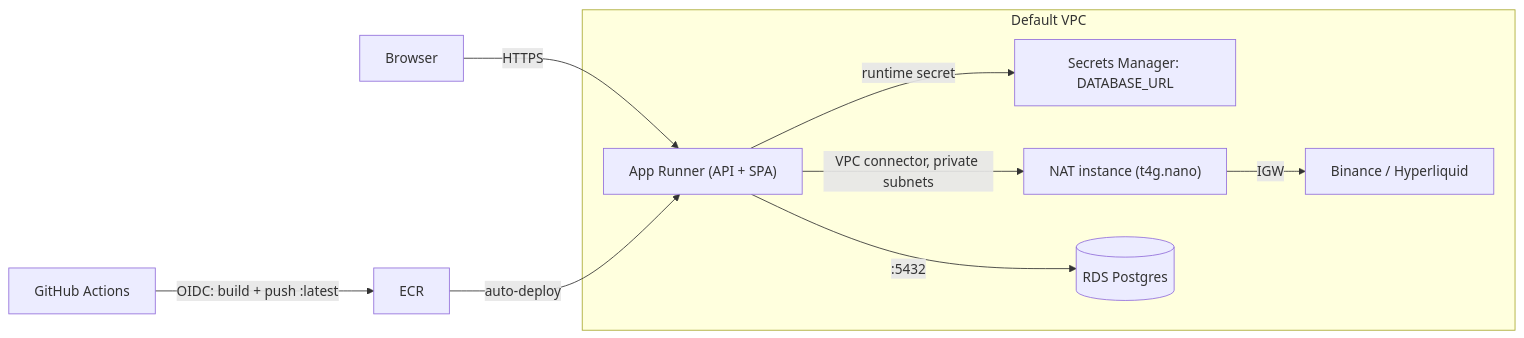
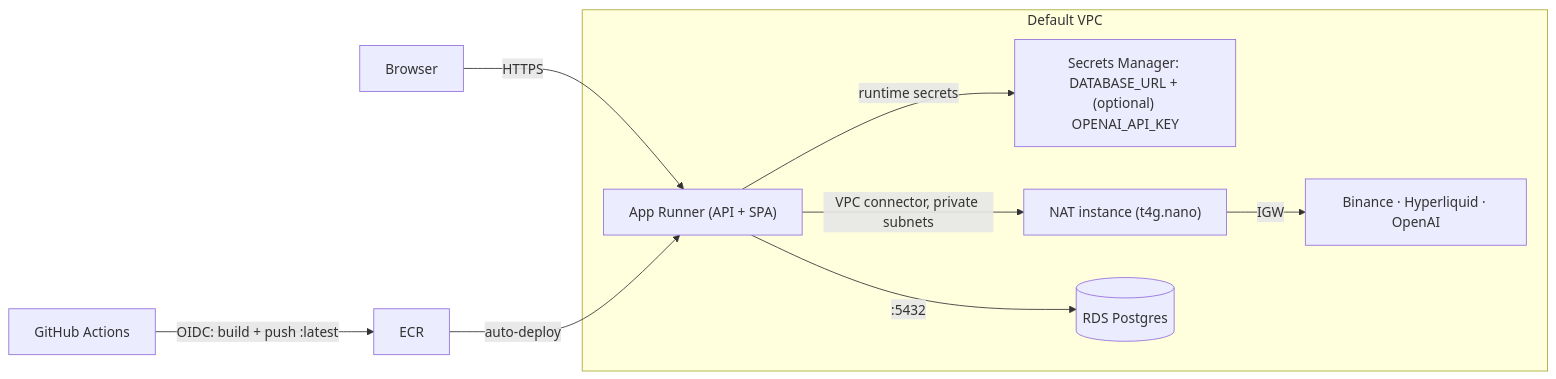
One commit to liyifan5923013/catalyst-backtester changed the third of 3 diagrams in docs/DESIGN.md. Above: the diagram before and after it, drawn with Mermaid. The commit also changed other lines of this file and 1 other file, not shown here.

````diff
--- a/docs/DESIGN.md
+++ b/docs/DESIGN.md
@@ -345,19 +362,19 @@
 ```mermaid
 flowchart LR
   user[Browser]
   gha[GitHub Actions]
   ecr[ECR]
   user -->|HTTPS| ar
   gha -->|OIDC: build + push :latest| ecr
   ecr -->|auto-deploy| ar
   subgraph vpc [Default VPC]
     ar["App Runner (API + SPA)"]
-    sm[Secrets Manager: DATABASE_URL]
+    sm["Secrets Manager: DATABASE_URL + (optional) OPENAI_API_KEY"]
     nat["NAT instance (t4g.nano)"]
     rds[(RDS Postgres)]
-    ar -->|runtime secret| sm
+    ar -->|runtime secrets| sm
     ar -->|VPC connector, private subnets| nat
     ar -->|":5432"| rds
-    nat -->|IGW| ext[Binance / Hyperliquid]
+    nat -->|IGW| ext[Binance · Hyperliquid · OpenAI]
   end
 ```
````
